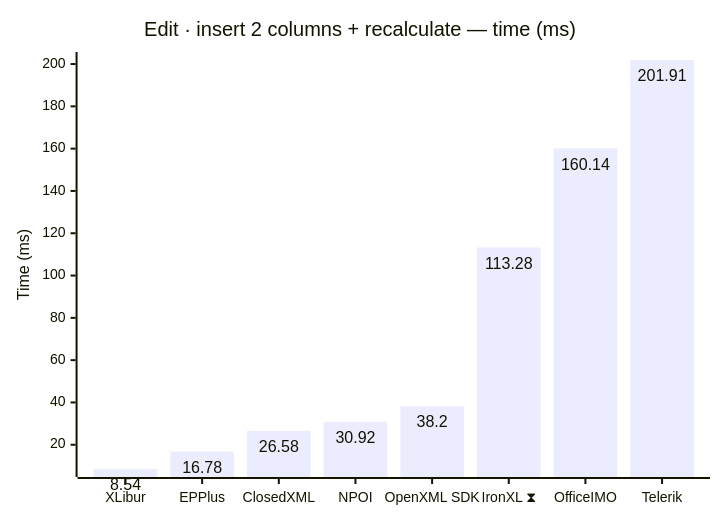
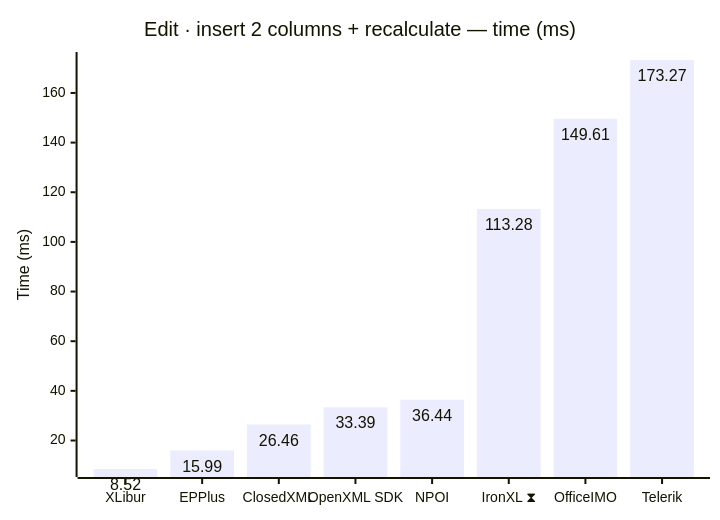
Diagram 13 of 18 in docs/results.md (jafin/XLBench), drawn with Mermaid before and after one commit. The commit also changed other lines of this file and 5 other files, not shown here.

````diff
--- a/docs/results.md
+++ b/docs/results.md
@@ -198,12 +198,12 @@
 ```mermaid
 ---
 config:
   xyChart:
     showDataLabel: true
 ---
 xychart-beta
     title "Edit · insert 2 columns + recalculate — time (ms)"
-    x-axis ["XLibur", "EPPlus", "ClosedXML", "NPOI", "OpenXML SDK", "IronXL ⧗", "OfficeIMO", "Telerik"]
+    x-axis ["XLibur", "EPPlus", "ClosedXML", "OpenXML SDK", "NPOI", "IronXL ⧗", "OfficeIMO", "Telerik"]
     y-axis "Time (ms)"
-    bar [8.54, 16.78, 26.58, 30.92, 38.2, 113.28, 160.14, 201.91]
+    bar [8.52, 15.99, 26.46, 33.39, 36.44, 113.28, 149.61, 173.27]
 ```
````
